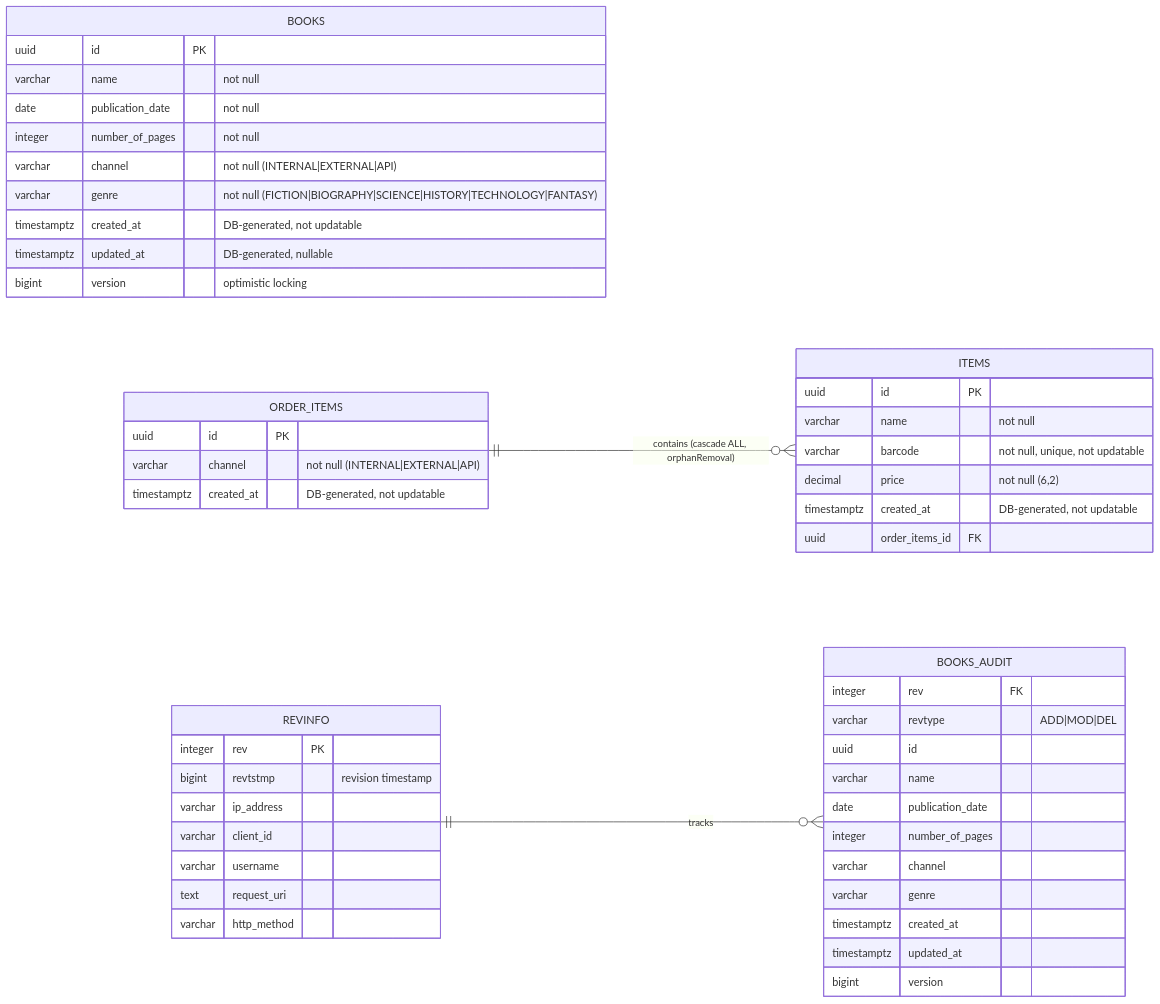
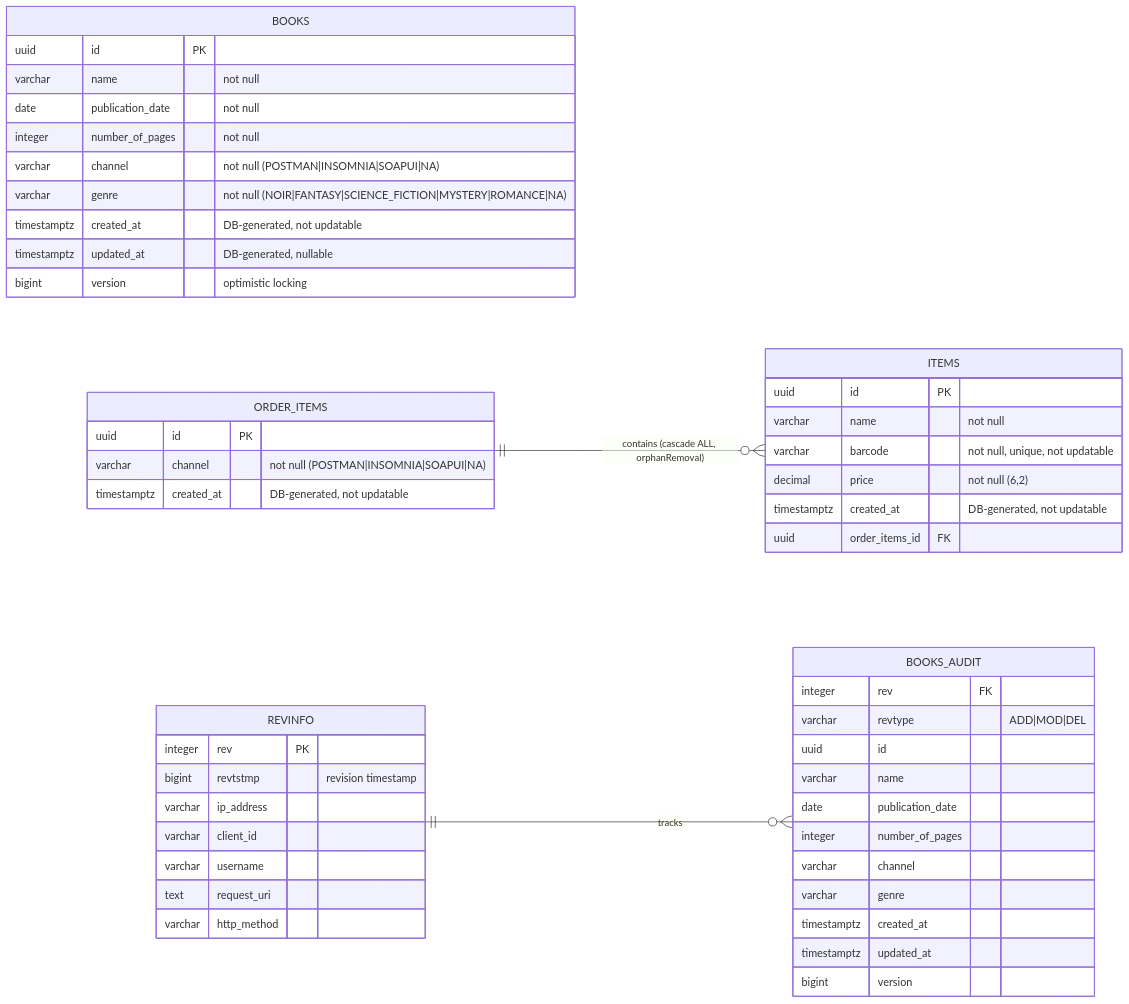
Before and after one commit to denberr95/spring-lessons: the diagram in ARCHITECTURE.md, drawn with Mermaid. The commit also changed other lines of this file, not shown here.

Commit message:
fix(docs): correct Channel and Genre enum values, add DomainCategory

````diff
--- a/ARCHITECTURE.md
+++ b/ARCHITECTURE.md
@@ -142,58 +142,58 @@
 ```mermaid
 erDiagram
     direction LR
 
     BOOKS {
         uuid        id              PK
         varchar     name            "not null"
         date        publication_date "not null"
         integer     number_of_pages "not null"
-        varchar     channel         "not null (INTERNAL|EXTERNAL|API)"
-        varchar     genre           "not null (FICTION|BIOGRAPHY|SCIENCE|HISTORY|TECHNOLOGY|FANTASY)"
+        varchar     channel         "not null (POSTMAN|INSOMNIA|SOAPUI|NA)"
+        varchar     genre           "not null (NOIR|FANTASY|SCIENCE_FICTION|MYSTERY|ROMANCE|NA)"
         timestamptz created_at      "DB-generated, not updatable"
         timestamptz updated_at      "DB-generated, nullable"
         bigint      version         "optimistic locking"
     }
 
     ORDER_ITEMS {
         uuid        id          PK
-        varchar     channel     "not null (INTERNAL|EXTERNAL|API)"
+        varchar     channel     "not null (POSTMAN|INSOMNIA|SOAPUI|NA)"
         timestamptz created_at  "DB-generated, not updatable"
     }
 
     ITEMS {
         uuid        id              PK
         varchar     name            "not null"
         varchar     barcode         "not null, unique, not updatable"
         decimal     price           "not null (6,2)"
         timestamptz created_at      "DB-generated, not updatable"
         uuid        order_items_id  FK
     }
 
     BOOKS_AUDIT {
         integer     rev         FK
         varchar     revtype     "ADD|MOD|DEL"
         uuid        id
         varchar     name
         date        publication_date
         integer     number_of_pages
         varchar     channel
         varchar     genre
         timestamptz created_at
         timestamptz updated_at
         bigint      version
     }
 
     REVINFO {
         integer     rev         PK
         bigint      revtstmp    "revision timestamp"
         varchar     ip_address
         varchar     client_id
         varchar     username
         text        request_uri
         varchar     http_method
     }
 
     ORDER_ITEMS ||--o{ ITEMS : "contains (cascade ALL, orphanRemoval)"
     REVINFO     ||--o{ BOOKS_AUDIT : "tracks"
 ```
````
